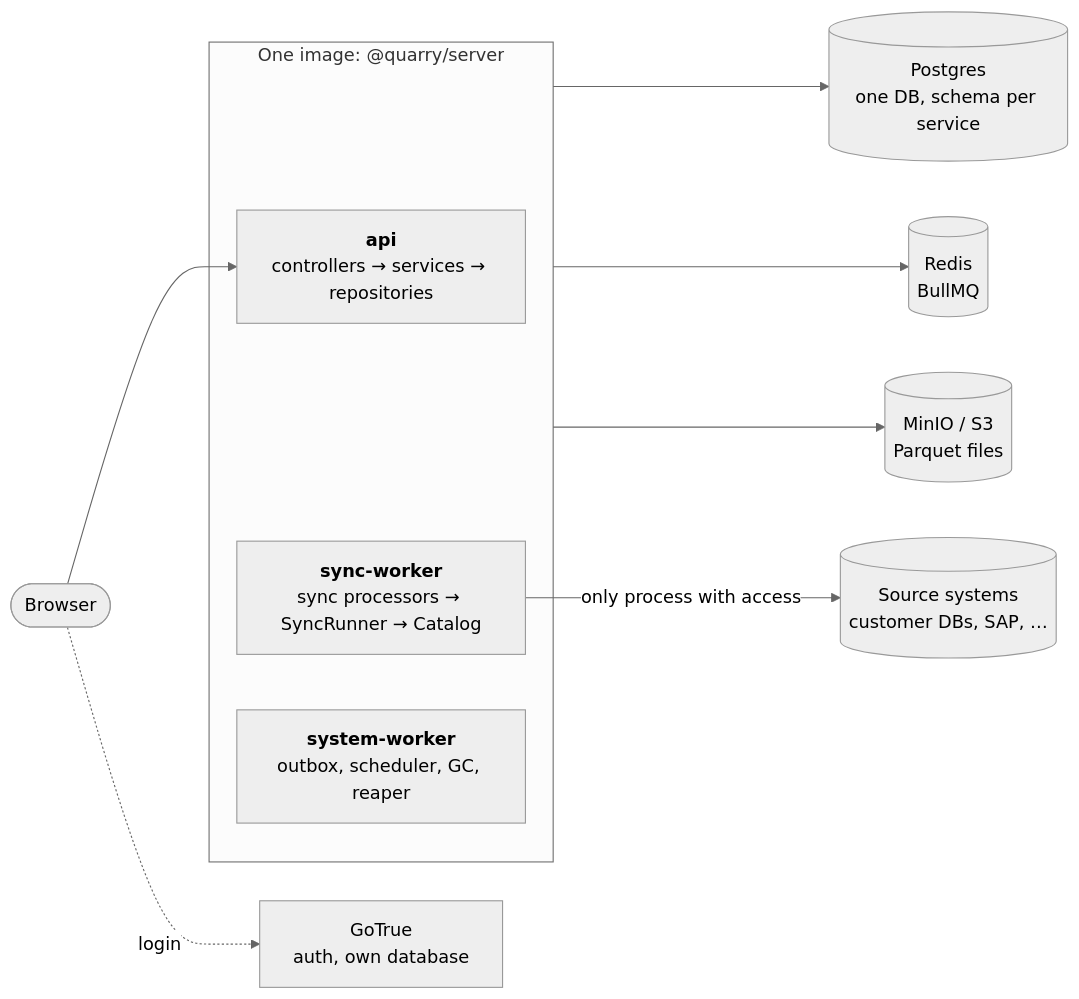
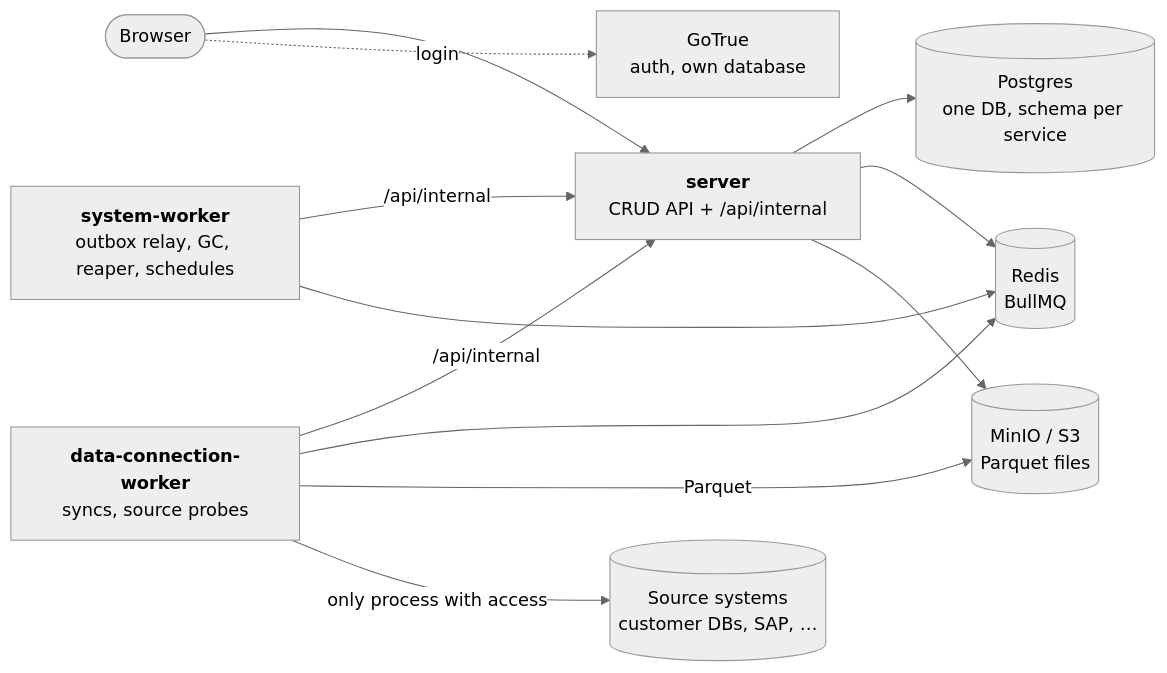
One commit to RolandTeslaru/Quarry changed the first of 3 diagrams in docs/design/architecture.md. Above: the diagram before and after it, drawn with Mermaid (neutral theme). The commit also changed other lines of this file and 119 other files, not shown here.

First line of the commit message:
feat: add DataConnection API for sync management and queue processing

````diff
--- a/docs/design/architecture.md
+++ b/docs/design/architecture.md
@@ -13,23 +13,25 @@
 ```mermaid
 flowchart LR
     browser([Browser])
-
-    subgraph image["One image: @quarry/server"]
-        api["<b>api</b><br/>controllers → services → repositories"]
-        sync["<b>sync-worker</b><br/>sync processors → SyncRunner → Catalog"]
-        system["<b>system-worker</b><br/>outbox, scheduler, GC, reaper"]
-    end
+    server["<b>server</b><br/>CRUD API + /api/internal"]
+    sync["<b>data-connection-worker</b><br/>syncs, source probes"]
+    system["<b>system-worker</b><br/>outbox relay, GC, reaper, schedules"]
 
     pg[("Postgres<br/>one DB, schema per service")]
     redis[("Redis<br/>BullMQ")]
     s3[("MinIO / S3<br/>Parquet files")]
     gotrue["GoTrue<br/>auth, own database"]
     sources[("Source systems<br/>customer DBs, SAP, …")]
 
-    browser --> api
+    browser --> server
     browser -. login .-> gotrue
-    image --> pg
-    image --> redis
-    image --> s3
+    server --> pg
+    server --> redis
+    server --> s3
+    sync -- /api/internal --> server
+    system -- /api/internal --> server
+    sync --> redis
+    system --> redis
+    sync -- Parquet --> s3
     sync -- only process with access --> sources
 ```
````
